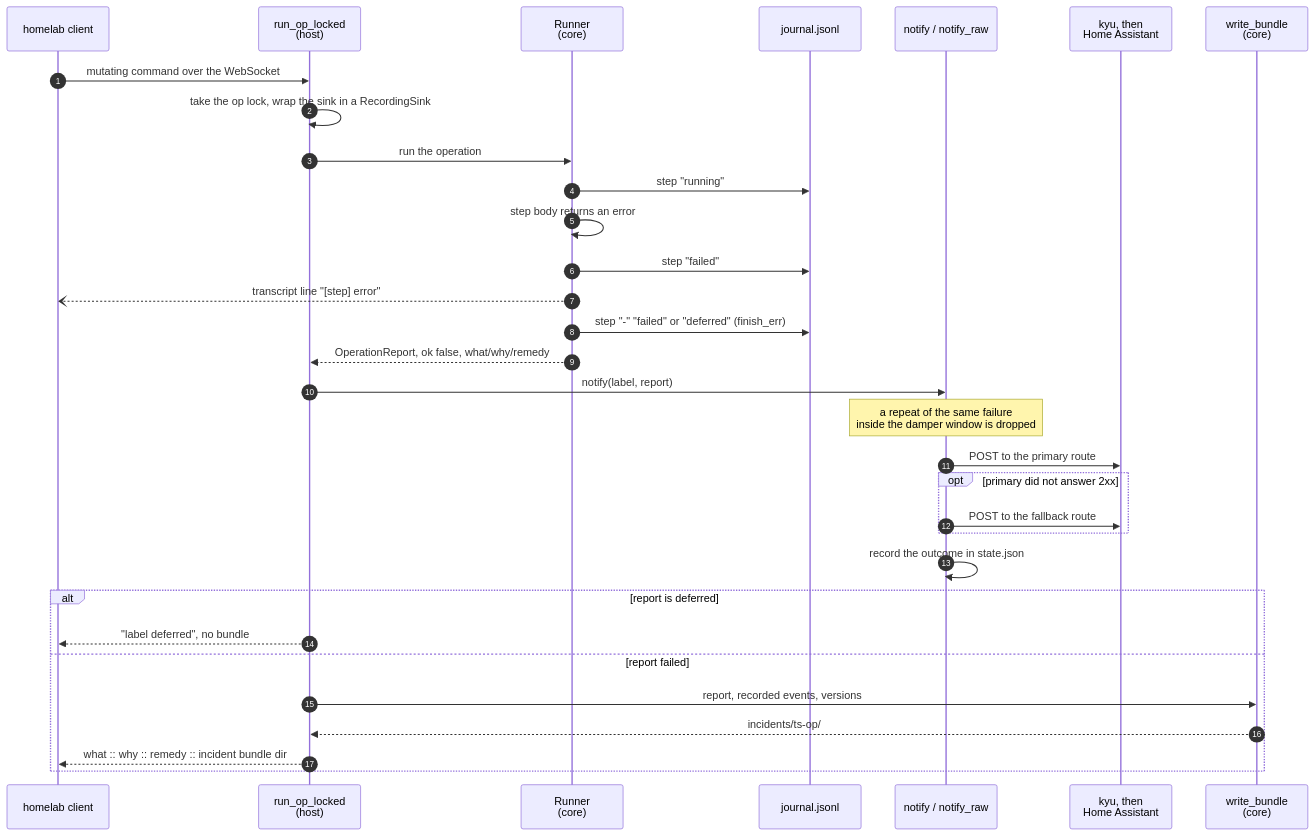
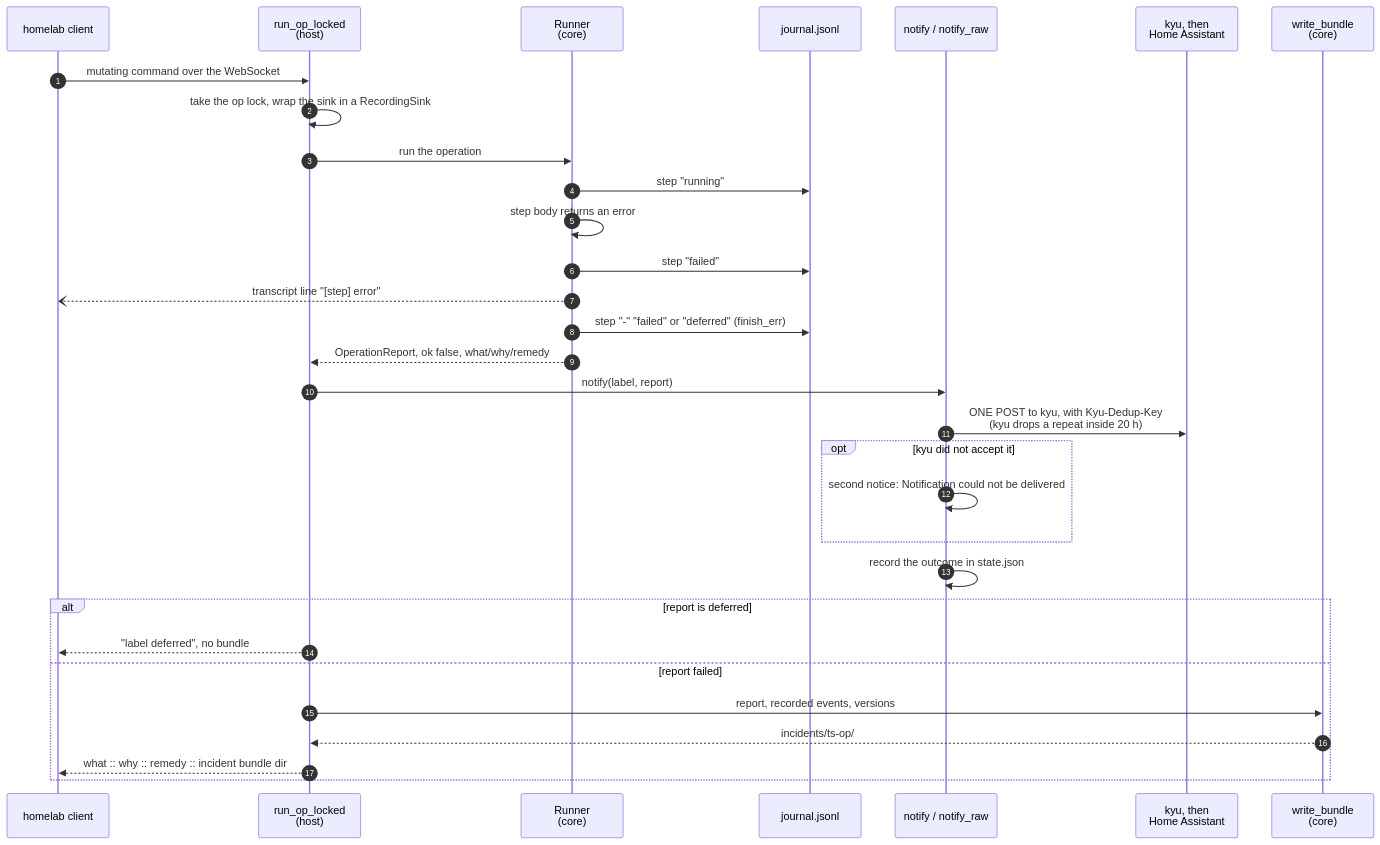
The second of 3 diagrams in docs/DEBUGGING_GUIDE.md (kennypassenier/homelab), drawn with Mermaid before and after one commit. The commit also changed other lines of this file and 2 other files, not shown here.

First line of the commit message:
docs: drop the fallback route and in-memory damper from the notification docs

````diff
--- a/docs/DEBUGGING_GUIDE.md
+++ b/docs/DEBUGGING_GUIDE.md
@@ -195,35 +195,34 @@
 ```mermaid
 sequenceDiagram
     autonumber
     participant C as homelab client
     participant H as run_op_locked<br/>(host)
     participant R as Runner<br/>(core)
     participant J as journal.jsonl
     participant N as notify / notify_raw
     participant W as kyu, then<br/>Home Assistant
     participant B as write_bundle<br/>(core)
 
     C->>H: mutating command over the WebSocket
     H->>H: take the op lock, wrap the sink in a RecordingSink
     H->>R: run the operation
     R->>J: step "running"
     R->>R: step body returns an error
     R->>J: step "failed"
     R--)C: transcript line "[step] error"
     R->>J: step "-" "failed" or "deferred" (finish_err)
     R-->>H: OperationReport, ok false, what/why/remedy
     H->>N: notify(label, report)
-    Note over N: a repeat of the same failure<br/>inside the damper window is dropped
-    N->>W: POST to the primary route
-    opt primary did not answer 2xx
-        N->>W: POST to the fallback route
+    N->>W: ONE POST to kyu, with Kyu-Dedup-Key<br/>(kyu drops a repeat inside 20 h)
+    opt kyu did not accept it
+        N->>N: second notice: Notification could not be delivered
     end
     N->>N: record the outcome in state.json
     alt report is deferred
         H-->>C: "label deferred", no bundle
     else report failed
         H->>B: report, recorded events, versions
         B-->>H: incidents/ts-op/
         H-->>C: what :: why :: remedy :: incident bundle dir
     end
 ```
````
